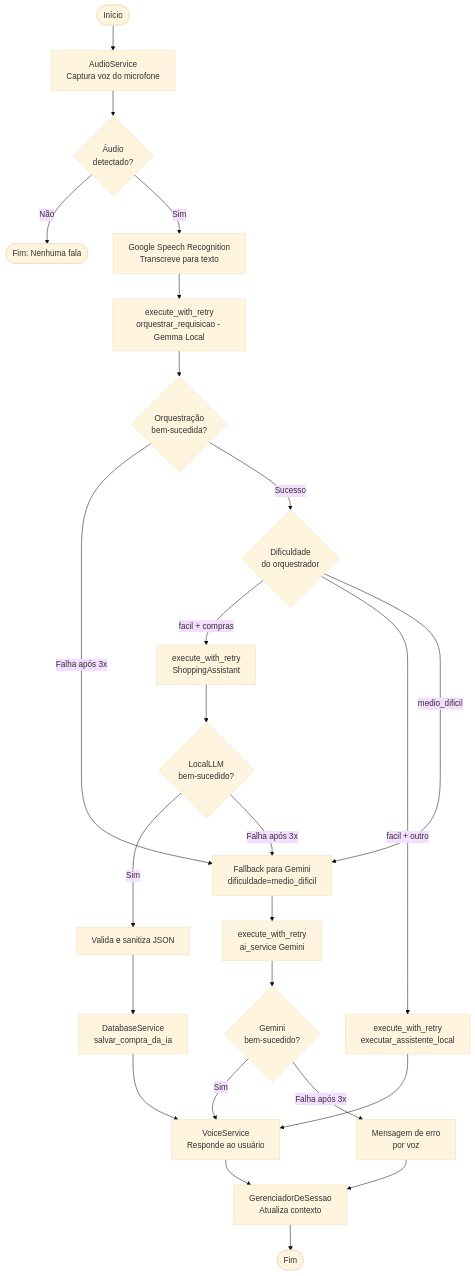
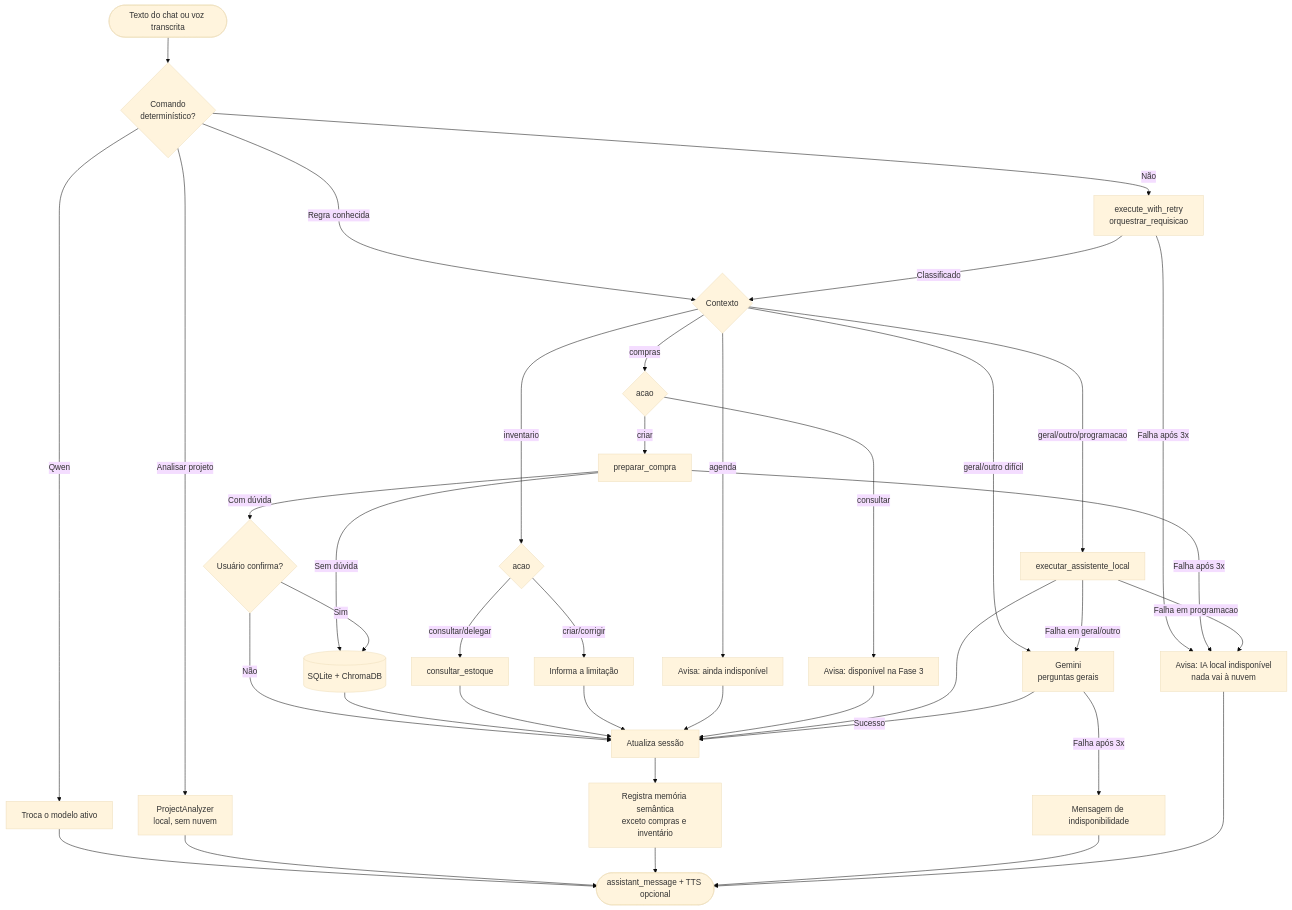
One commit to Felipe-Stu/assistente-domestico changed the second of 5 diagrams in Sobre a Versão/05 - Engenharia do Software.md. Above: the diagram before and after it, drawn with Mermaid (base theme). The commit also changed other lines of this file and 18 other files, not shown here.

First line of the commit message:
feat: Fase 1 — roteamento por regras, compras confiáveis e nuvem restrita

````diff
--- a/Sobre a Versão/05 - Engenharia do Software.md
+++ b/Sobre a Versão/05 - Engenharia do Software.md
@@ -77,31 +86,42 @@
 ```mermaid
 flowchart TD
-    A([Início]) --> B[AudioService\nCaptura voz do microfone]
-    B --> C{Áudio\ndetectado?}
-    C -- Não --> Z([Fim: Nenhuma fala])
-    C -- Sim --> D[Google Speech Recognition\nTranscreve para texto]
-    D --> E[execute_with_retry\norquestrar_requisicao - Gemma Local]
-    E --> F{Orquestração\nbem-sucedida?}
-    F -- Falha após 3x --> G[Fallback para Gemini\ndificuldade=medio_dificil]
-    F -- Sucesso --> H{Dificuldade\ndo orquestrador}
+    A([Texto do chat ou voz transcrita]) --> B{Comando<br>determinístico?}
+    B -- Qwen --> C[Troca o modelo ativo]
+    C --> FIM
+    B -- Analisar projeto --> D[ProjectAnalyzer<br>local, sem nuvem]
+    D --> FIM
+    B -- Não --> E[execute_with_retry<br>orquestrar_requisicao]
+    B -- Regra conhecida --> J{Contexto}
+    E -- Falha após 3x --> X[Avisa: IA local indisponível<br>nada vai à nuvem]
+    E -- Classificado --> J
+    J -- geral/outro difícil --> N[Gemini<br>perguntas gerais]
+    J -- compras --> I{acao}
+    J -- inventario --> K{acao}
+    J -- agenda --> Y[Avisa: ainda indisponível]
+    J -- geral/outro/programacao --> L[executar_assistente_local]
 
-    H -- facil + compras --> I[execute_with_retry\nShoppingAssistant]
-    H -- facil + outro --> J[execute_with_retry\nexecutar_assistente_local]
-    H -- medio_dificil --> G
+    I -- consultar --> Z[Avisa: disponível na Fase 3]
+    I -- criar --> V[preparar_compra]
+    V -- Falha após 3x --> X
+    V -- Sem dúvida --> M[(SQLite + ChromaDB)]
+    V -- Com dúvida --> W{Usuário confirma?}
+    W -- Sim --> M
+    W -- Não --> R
+    K -- consultar/delegar --> O[consultar_estoque]
+    K -- criar/corrigir --> P[Informa a limitação]
+    L -- Falha em geral/outro --> N
+    L -- Falha em programacao --> X
 
-    I --> K{LocalLLM\nbem-sucedido?}
-    K -- Sim --> L[Valida e sanitiza JSON]
-    K -- Falha após 3x --> G
-    L --> M[DatabaseService\nsalvar_compra_da_ia]
-    M --> N[VoiceService\nResponde ao usuário]
-
-    J --> N
-    G --> O[execute_with_retry\nai_service Gemini]
-    O --> P{Gemini\nbem-sucedido?}
-    P -- Sim --> N
-    P -- Falha após 3x --> Q[Mensagem de erro\npor voz]
-
-    N --> R[GerenciadorDeSessao\nAtualiza contexto]
-    Q --> R
-    R --> Z2([Fim])
+    N -- Falha após 3x --> Q[Mensagem de indisponibilidade]
+    M --> R[Atualiza sessão]
+    O --> R
+    P --> R
+    Y --> R
+    Z --> R
+    L --> R
+    N -- Sucesso --> R
+    R --> S[Registra memória semântica<br>exceto compras e inventário]
+    S --> FIM([assistant_message + TTS opcional])
+    Q --> FIM
+    X --> FIM
 ```
````
